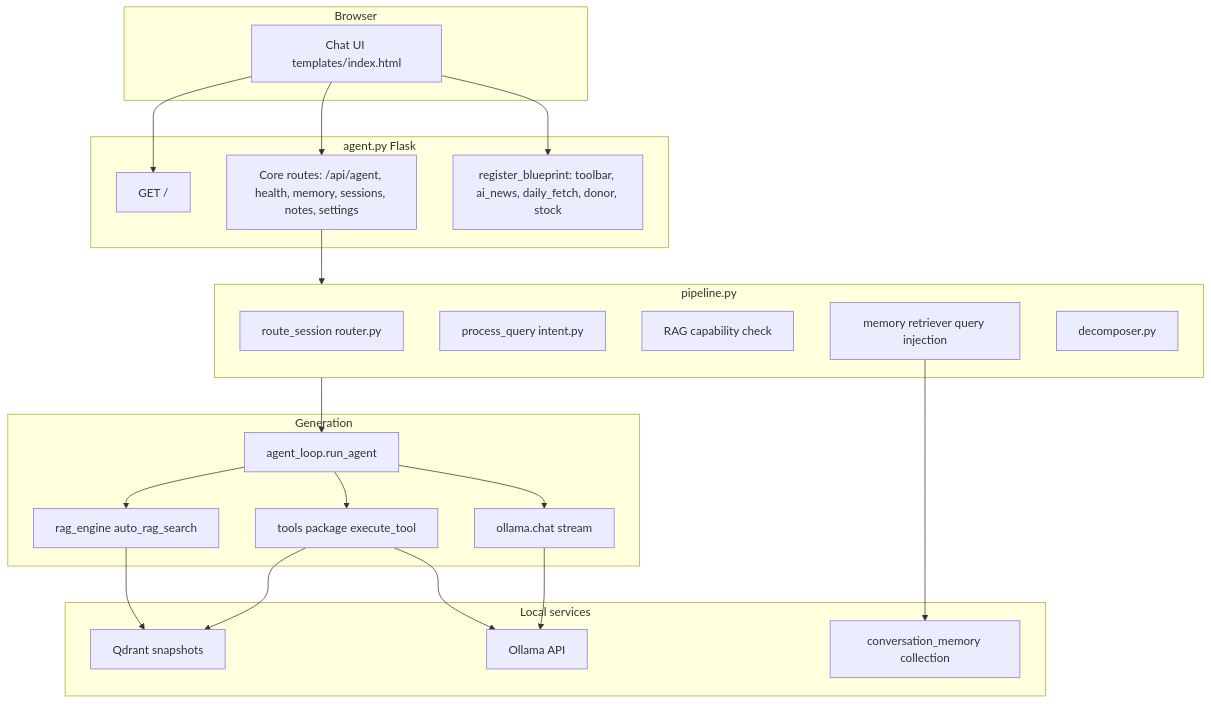
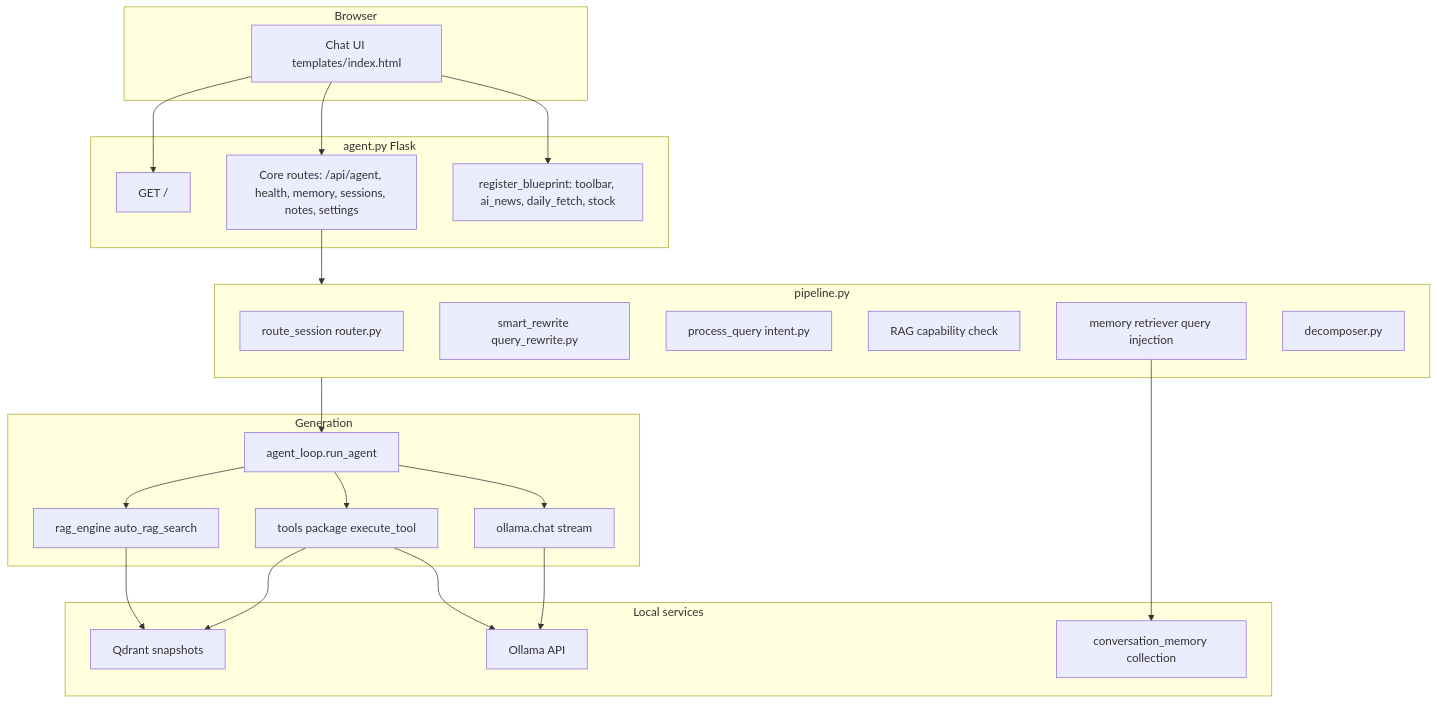
Before and after one commit to medavisyin/jarvis-yin: the diagram in docs/implementation/rag/agent-impl.md, drawn with Mermaid. The commit also changed other lines of this file and 35 other files, not shown here.

````diff
--- a/docs/implementation/rag/agent-impl.md
+++ b/docs/implementation/rag/agent-impl.md
@@ -22,42 +22,43 @@
 ```mermaid
 flowchart TB
   subgraph client [Browser]
     UI[Chat UI templates/index.html]
   end
   subgraph orchestrator [agent.py Flask]
     Idx["GET /"]
     Core["Core routes: /api/agent, health, memory, sessions, notes, settings"]
-    BP["register_blueprint: toolbar, ai_news, daily_fetch, donor, stock"]
+    BP["register_blueprint: toolbar, ai_news, daily_fetch, stock"]
   end
   subgraph pipeline [pipeline.py]
     R0[route_session router.py]
+    RW[smart_rewrite query_rewrite.py]
     R1[process_query intent.py]
     R2[RAG capability check]
     R3[memory retriever query injection]
     R4[decomposer.py]
   end
   subgraph gen [Generation]
     Loop[agent_loop.run_agent]
     RAG[rag_engine auto_rag_search]
     Tools[tools package execute_tool]
     Oll[ollama.chat stream]
   end
   subgraph data [Local services]
     Qdr[Qdrant snapshots]
     Mem[conversation_memory collection]
     Ollama[Ollama API]
   end
   UI --> Idx
   UI --> Core
   UI --> BP
   Core --> pipeline
   pipeline --> Loop
   Loop --> RAG
   Loop --> Tools
   Loop --> Oll
   RAG --> Qdr
   R3 --> Mem
   Tools --> Qdr
   Tools --> Ollama
   Oll --> Ollama
 ```
````
